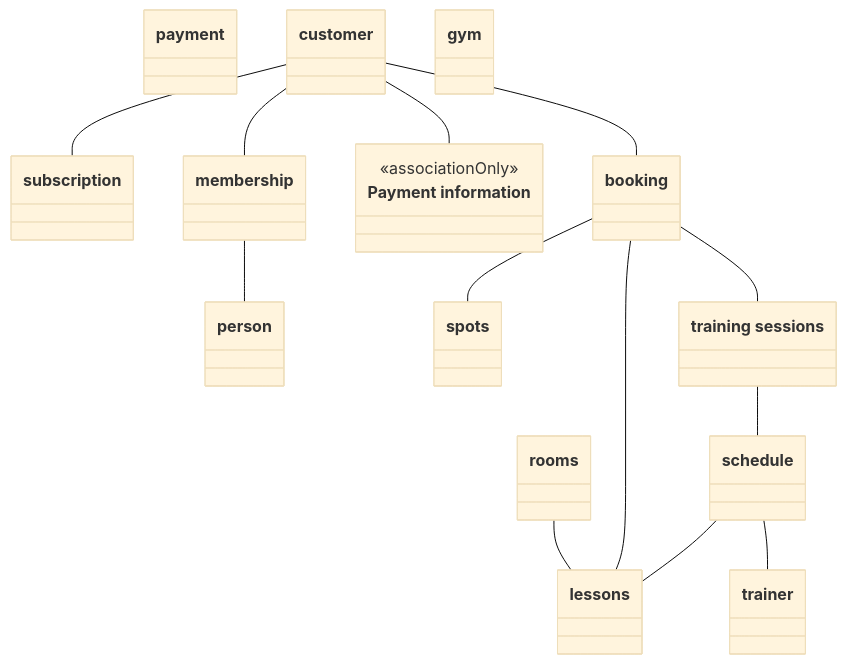
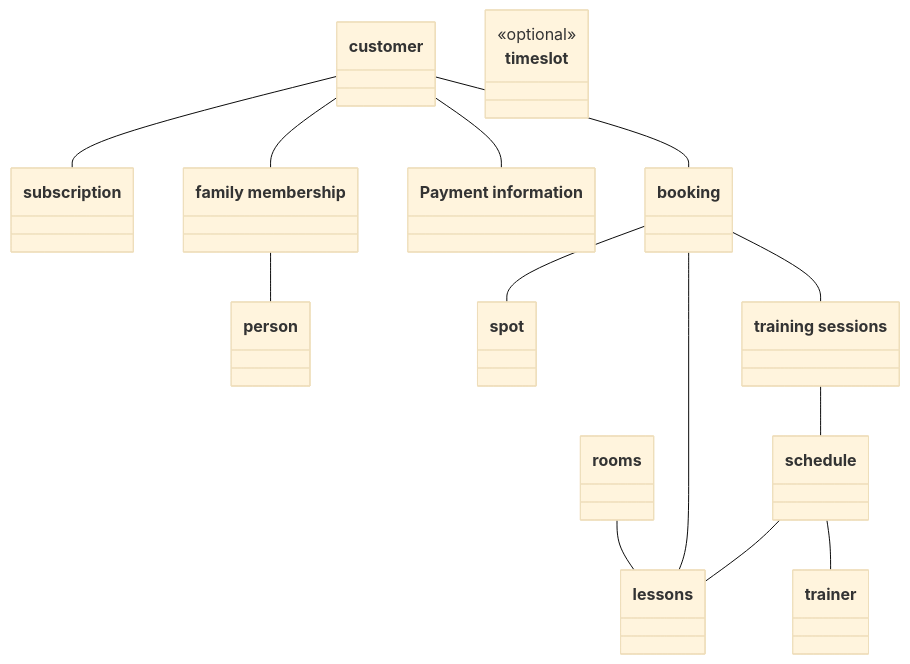
One commit to DomDeWulf/user-story-domain-model-datasets changed the diagram in 2_gold_standard_domain_models/sports.mmd. Above: the diagram before and after it, drawn with Mermaid (base theme). The commit also changed 21 other files, not shown here.

Commit message:
Adapt domain models to revised gold and silver standard

```diff
--- a/2_gold_standard_domain_models/sports.mmd
+++ b/2_gold_standard_domain_models/sports.mmd
@@ -1,87 +1,87 @@
 classDiagram
     %% Project: Sports
-    %% Class labels match Gold standard - Classes.xlsx exactly, including capitalization.
-    %% Singular/plural forms are assumed equivalent; every changed endpoint is documented below.
-    %% Every association preserves one row of Gold standard - Associations.xlsx, in workbook order.
-    %% associationOnly nodes have no matching class in the Classes Excel; exclude them from class evaluation.
+    %% Source: Gold&Silver Standard.xlsx, sheets 'Class - Gold Standard' (column G) and 'Association - Gold Standard' (columns M:N).
+    %% Class labels match the revised class list exactly, including capitalization.
+    %% Class IDs and order follow the previous models; new classes are appended and removed classes leave ID gaps.
+    %% Workbook legend: red fill = removed, green fill = optional, blue text = added.
+    %% Removed classes and associations are omitted. Optional classes carry <<optional>>; optional associations use a dashed .. line.
+    %% Association endpoints are mapped to class labels; every changed endpoint is documented below.
     %% No direction, multiplicity, relationship labels, inheritance, attributes, or methods are inferred.
+    %% Removed class ('Class - Gold Standard'!G11): gym
+    %% Removed association ('Association - Gold Standard'!M15): gym -- book
+    %% Non-punish group (Class Non-Punish List): room: practicearea, practice area, free practice area
     class C001["rooms"]
     class C002["subscription"]
     class C003["schedule"]
     class C004["lessons"]
     class C005["trainer"]
     class C006["training sessions"]
-    class C007["payment"]
-    class C008["membership"]
+    class C008["family membership"]
     class C009["customer"]
-    class C010["gym"]
     class C011["booking"]
-    class C012["spots"]
+    class C012["spot"]
     class C013["person"]
     class C014["Payment information"]
-    <<associationOnly>> C014
+    %% Class 'Class - Gold Standard'!G15: added in the revised workbook (blue text); optional (green fill).
+    class C015["timeslot"]
+    <<optional>> C015
 
-    %% Association (Classes Excel terms where available): rooms -- lessons
-    %% Associations Excel (Sheet1!M3:N3): room -- lesson.
-    %% Assumption: "room" -> "rooms" (singular/plural forms are assumed interchangeable).
-    %% Assumption: "lesson" -> "lessons" (singular/plural forms are assumed interchangeable).
+    %% Association: rooms -- lessons
+    %% Workbook ('Association - Gold Standard'!M3): room -- lesson.
+    %% Mapping: "room" -> "rooms" (singular/plural); "lesson" -> "lessons" (singular/plural).
     C001 -- C004
 
-    %% Association (Classes Excel terms where available): schedule -- lessons
-    %% Associations Excel (Sheet1!M4:N4): schedule -- lesson.
-    %% Assumption: "lesson" -> "lessons" (singular/plural forms are assumed interchangeable).
+    %% Association: schedule -- lessons
+    %% Workbook ('Association - Gold Standard'!M4): schedul -- lesson.
+    %% Mapping: "schedul" -> "schedule" (truncated stem); "lesson" -> "lessons" (singular/plural).
     C003 -- C004
 
-    %% Association (Classes Excel terms where available): customer -- subscription
-    %% Associations Excel (Sheet1!M5:N5): customer -- subscription.
-    %% Wording differences: none.
+    %% Association: customer -- subscription
+    %% Workbook ('Association - Gold Standard'!M5): custom -- subscript.
+    %% Mapping: "custom" -> "customer" (truncated stem); "subscript" -> "subscription" (truncated stem).
     C009 -- C002
 
-    %% Association (Classes Excel terms where available): membership -- person
-    %% Associations Excel (Sheet1!M6:N6): membership -- person.
-    %% Wording differences: none.
+    %% Association: family membership -- person
+    %% Workbook ('Association - Gold Standard'!M6): membership -- person.
+    %% Mapping: "membership" -> "family membership" (interpretation: omitted qualifier; "family membership" is the only membership class in the revised class list).
     C008 -- C013
 
-    %% Association (Classes Excel terms where available): customer -- membership
-    %% Associations Excel (Sheet1!M7:N7): customer -- membership.
-    %% Wording differences: none.
+    %% Association: customer -- family membership
+    %% Workbook ('Association - Gold Standard'!M7): custom -- membership.
+    %% Mapping: "custom" -> "customer" (truncated stem); "membership" -> "family membership" (interpretation: omitted qualifier; "family membership" is the only membership class in the revised class list).
     C009 -- C008
 
-    %% Association (Classes Excel terms where available): customer -- Payment information
-    %% Associations Excel (Sheet1!M8:N8): customer -- Payment information.
-    %% Wording differences: none.
-    %% Absent from Classes Excel: "Payment information" is associationOnly; not assumed equivalent to payment: stored banking/payment details may differ from a payment (1_user_stories/sports.txt:3,11).
+    %% Association: customer -- Payment information
+    %% Workbook ('Association - Gold Standard'!M8): custom -- payment inform.
+    %% Mapping: "custom" -> "customer" (truncated stem); "payment inform" -> "Payment information" (truncated stem; class capitalization retained).
     C009 -- C014
 
-    %% Association (Classes Excel terms where available): schedule -- trainer
-    %% Associations Excel (Sheet1!M9:N9): schedule -- trainer.
-    %% Wording differences: none.
+    %% Association: schedule -- trainer
+    %% Workbook ('Association - Gold Standard'!M9): schedul -- trainer.
+    %% Mapping: "schedul" -> "schedule" (truncated stem).
     C003 -- C005
 
-    %% Association (Classes Excel terms where available): training sessions -- schedule
-    %% Associations Excel (Sheet1!M10:N10): training session -- schedule.
-    %% Assumption: "training session" -> "training sessions" (singular/plural forms are assumed interchangeable).
+    %% Association: training sessions -- schedule
+    %% Workbook ('Association - Gold Standard'!M10): training sess -- schedul.
+    %% Mapping: "training sess" -> "training sessions" (truncated stem; singular/plural); "schedul" -> "schedule" (truncated stem).
     C006 -- C003
 
-    %% Association (Classes Excel terms where available): customer -- booking
-    %% Associations Excel (Sheet1!M11:N11): customer -- book.
-    %% Assumption: "book" -> "booking" (verb/noun interpretation; stories describe booking lessons, training sessions and spots (1_user_stories/sports.txt:18,21,23,56-57)).
+    %% Association: customer -- booking
+    %% Workbook ('Association - Gold Standard'!M11): custom -- book.
+    %% Mapping: "custom" -> "customer" (truncated stem); "book" -> "booking" (interpretation: verb-like endpoint read as the booking concept (unchanged from the previous models)).
     C009 -- C011
 
-    %% Association (Classes Excel terms where available): booking -- spots
-    %% Associations Excel (Sheet1!M12:N12): book -- spot.
-    %% Assumption: "book" -> "booking" (verb/noun interpretation; stories describe booking lessons, training sessions and spots (1_user_stories/sports.txt:18,21,23,56-57)).
-    %% Assumption: "spot" -> "spots" (singular/plural forms are assumed interchangeable).
+    %% Association: booking -- spot
+    %% Workbook ('Association - Gold Standard'!M12): book -- spot.
+    %% Mapping: "book" -> "booking" (interpretation: verb-like endpoint read as the booking concept (unchanged from the previous models)).
     C011 -- C012
 
-    %% Association (Classes Excel terms where available): booking -- lessons
-    %% Associations Excel (Sheet1!M13:N13): book -- lesson.
-    %% Assumption: "book" -> "booking" (verb/noun interpretation; stories describe booking lessons, training sessions and spots (1_user_stories/sports.txt:18,21,23,56-57)).
-    %% Assumption: "lesson" -> "lessons" (singular/plural forms are assumed interchangeable).
+    %% Association: booking -- lessons
+    %% Workbook ('Association - Gold Standard'!M13): book -- lesson.
+    %% Mapping: "book" -> "booking" (interpretation: verb-like endpoint read as the booking concept (unchanged from the previous models)); "lesson" -> "lessons" (singular/plural).
     C011 -- C004
 
-    %% Association (Classes Excel terms where available): booking -- training sessions
-    %% Associations Excel (Sheet1!M14:N14): book -- training session.
-    %% Assumption: "book" -> "booking" (verb/noun interpretation; stories describe booking lessons, training sessions and spots (1_user_stories/sports.txt:18,21,23,56-57)).
-    %% Assumption: "training session" -> "training sessions" (singular/plural forms are assumed interchangeable).
+    %% Association: booking -- training sessions
+    %% Workbook ('Association - Gold Standard'!M14): book -- training sess.
+    %% Mapping: "book" -> "booking" (interpretation: verb-like endpoint read as the booking concept (unchanged from the previous models)); "training sess" -> "training sessions" (truncated stem; singular/plural).
     C011 -- C006
```
